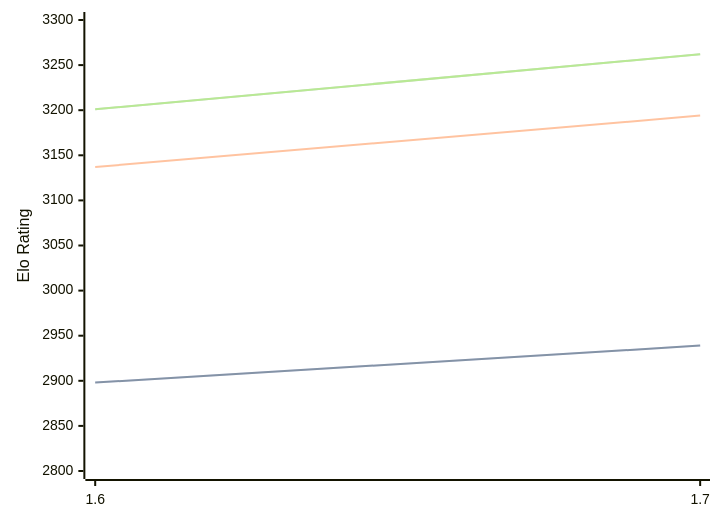
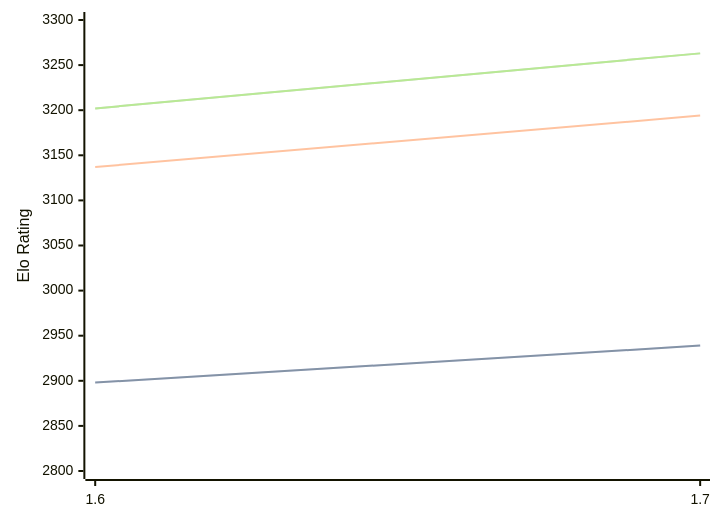
One commit to computer-chess-index/cci changed the diagram in engines/Bitbit.md. Above: the diagram before and after it, drawn with Mermaid. The commit also changed other lines of this file, not shown here.

Commit message:
Update CCI Ratings (ELO VLTC) - 2026-08-21

````diff
--- a/engines/Bitbit.md
+++ b/engines/Bitbit.md
@@ -32,11 +32,11 @@
 ```mermaid
 %%{init: {"theme":"base","themeVariables":{"seriesColors:['#a3a3a3','#222221','#faa371']}}}%%
 xychart-beta
   x-axis ["1.6", "1.7"]
   y-axis "Elo Rating" 2800 --> 3300
   line "STC (8.0+0.08s)" [2898, 2939]
   line "STC (8.0+0.08s)" [2898, 2939]
   line "LTC (60.0+0.60s)" [3137, 3194]
-  line "VLTC (2m24s+1.12s)" [3201, 3262]
-  line "VLTC (2m24s+1.12s)" [3201, 3262]
+  line "VLTC (2m24s+1.12s)" [3202, 3263]
+  line "VLTC (2m24s+1.12s)" [3202, 3263]
 ```
````
